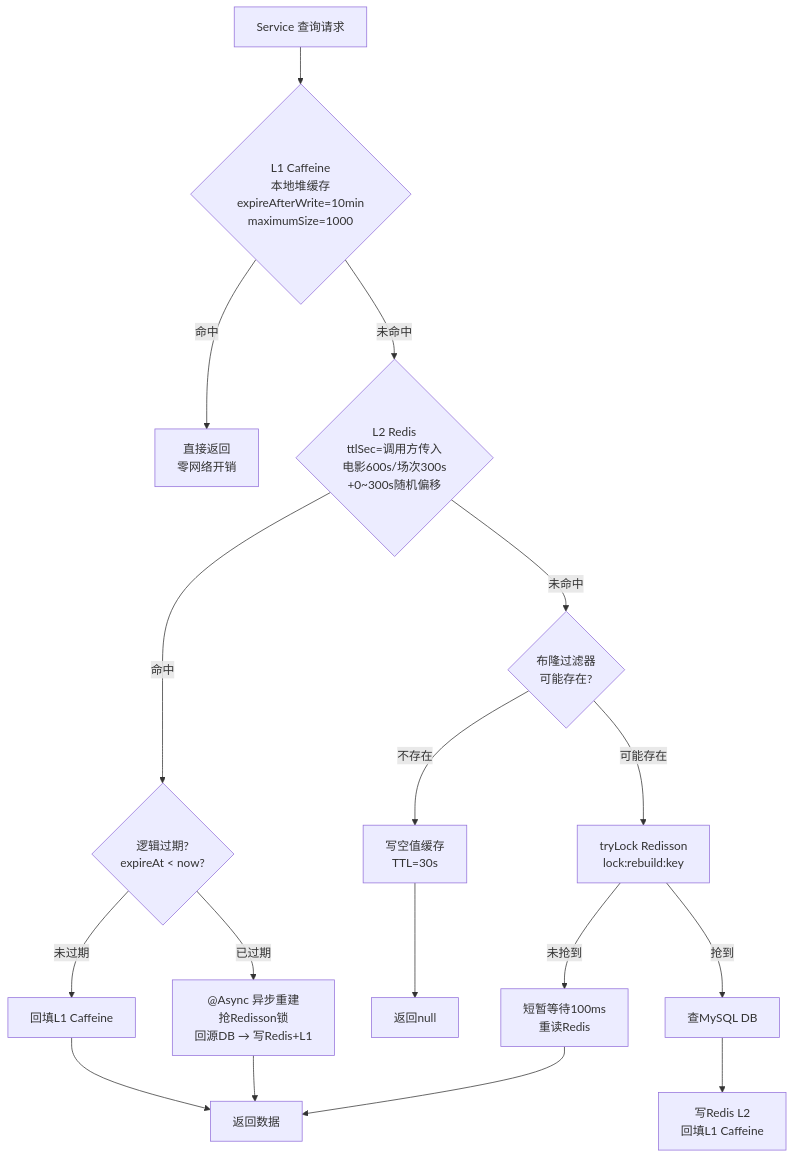
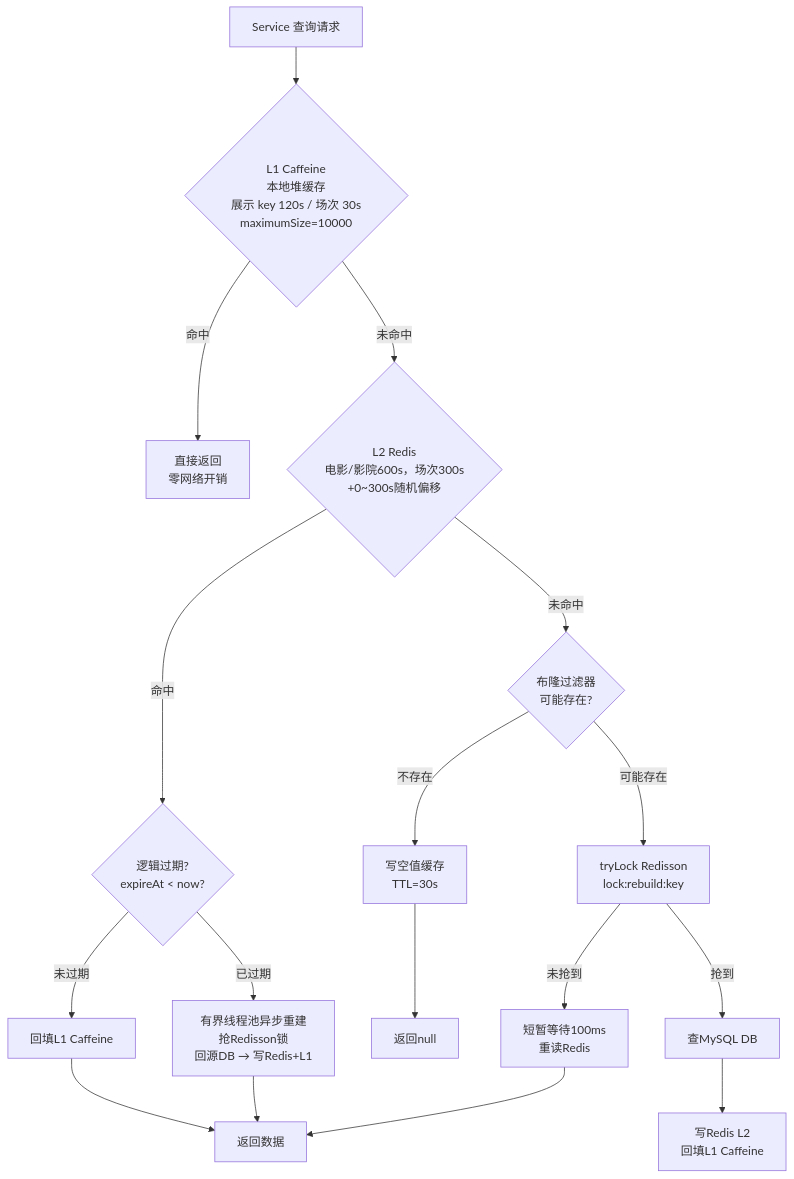
Before and after one commit to wangn-tech/movie-seckill: the third of 12 diagrams in docs/架构设计.md, drawn with Mermaid. The commit also changed other lines of this file and 6 other files, not shown here.

Commit message:
docs: synchronize demo architecture and measured verification

````diff
--- a/docs/架构设计.md
+++ b/docs/架构设计.md
@@ -148,14 +148,14 @@
 ```mermaid
 graph TD
-    REQ["Service 查询请求"] --> L1{"L1 Caffeine<br/>本地堆缓存<br/>expireAfterWrite=10min<br/>maximumSize=1000"}
+    REQ["Service 查询请求"] --> L1{"L1 Caffeine<br/>本地堆缓存<br/>展示 key 120s / 场次 30s<br/>maximumSize=10000"}
     L1 -- "命中" --> R1["直接返回<br/>零网络开销"]
-    L1 -- "未命中" --> L2{"L2 Redis<br/>ttlSec=调用方传入<br/>电影600s/场次300s<br/>+0~300s随机偏移"}
+    L1 -- "未命中" --> L2{"L2 Redis<br/>电影/影院600s，场次300s<br/>+0~300s随机偏移"}
     L2 -- "命中" --> CHECK{"逻辑过期?<br/>expireAt < now?"}
     CHECK -- "未过期" --> PUT1["回填L1 Caffeine"] --> R2["返回数据"]
-    CHECK -- "已过期" --> ASYNC["@Async 异步重建<br/>抢Redisson锁<br/>回源DB → 写Redis+L1"] --> R2
+    CHECK -- "已过期" --> ASYNC["有界线程池异步重建<br/>抢Redisson锁<br/>回源DB → 写Redis+L1"] --> R2
     L2 -- "未命中" --> BF{"布隆过滤器<br/>可能存在?"}
     BF -- "不存在" --> NULL["写空值缓存<br/>TTL=30s"] --> R3["返回null"]
     BF -- "可能存在" --> LOCK["tryLock Redisson<br/>lock:rebuild:key"]
     LOCK -- "抢到" --> DB["查MySQL DB"] --> PUT2["写Redis L2<br/>回填L1 Caffeine"]
     LOCK -- "未抢到" --> WAIT["短暂等待100ms<br/>重读Redis"] --> R2
 ```
````
